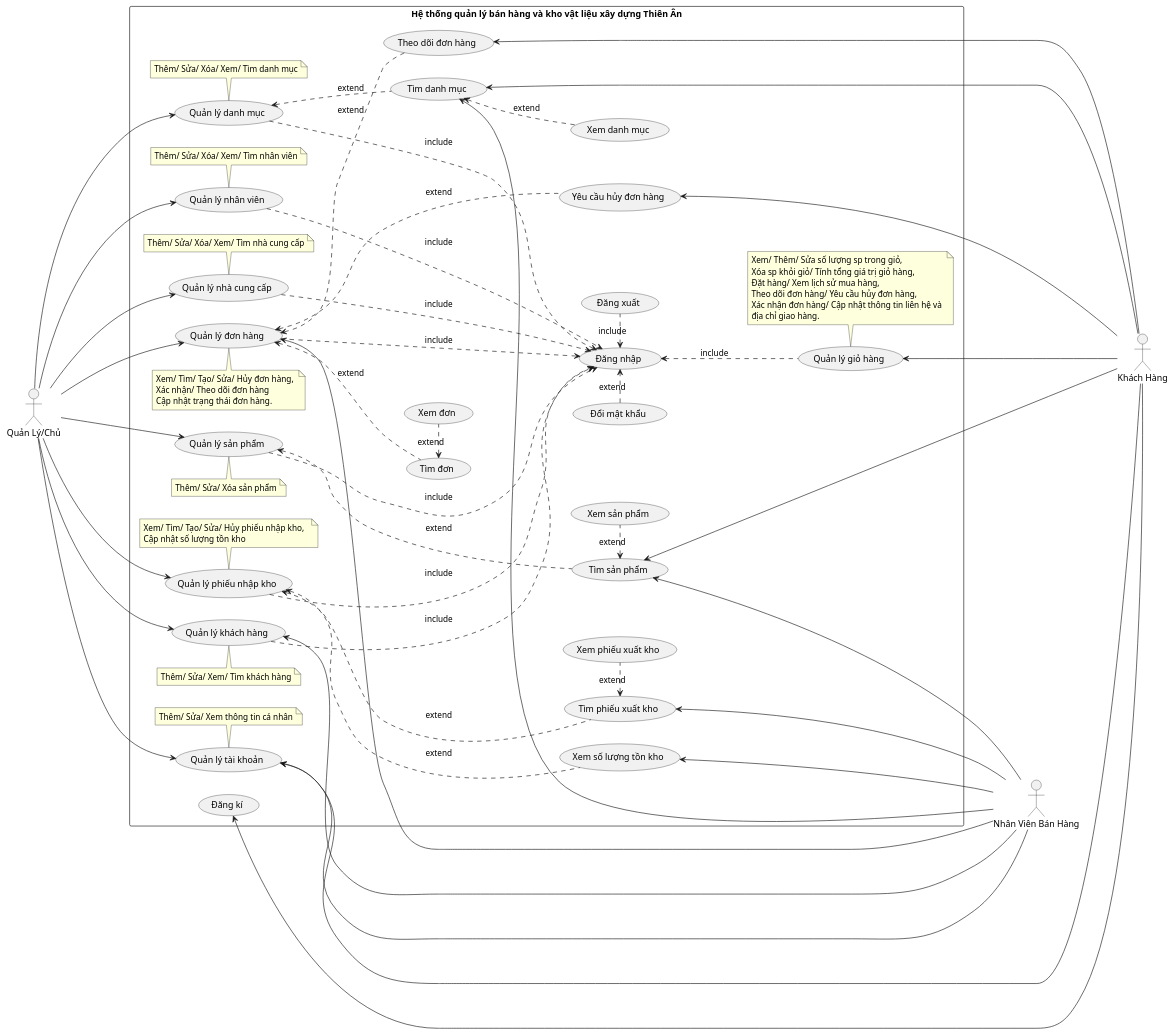
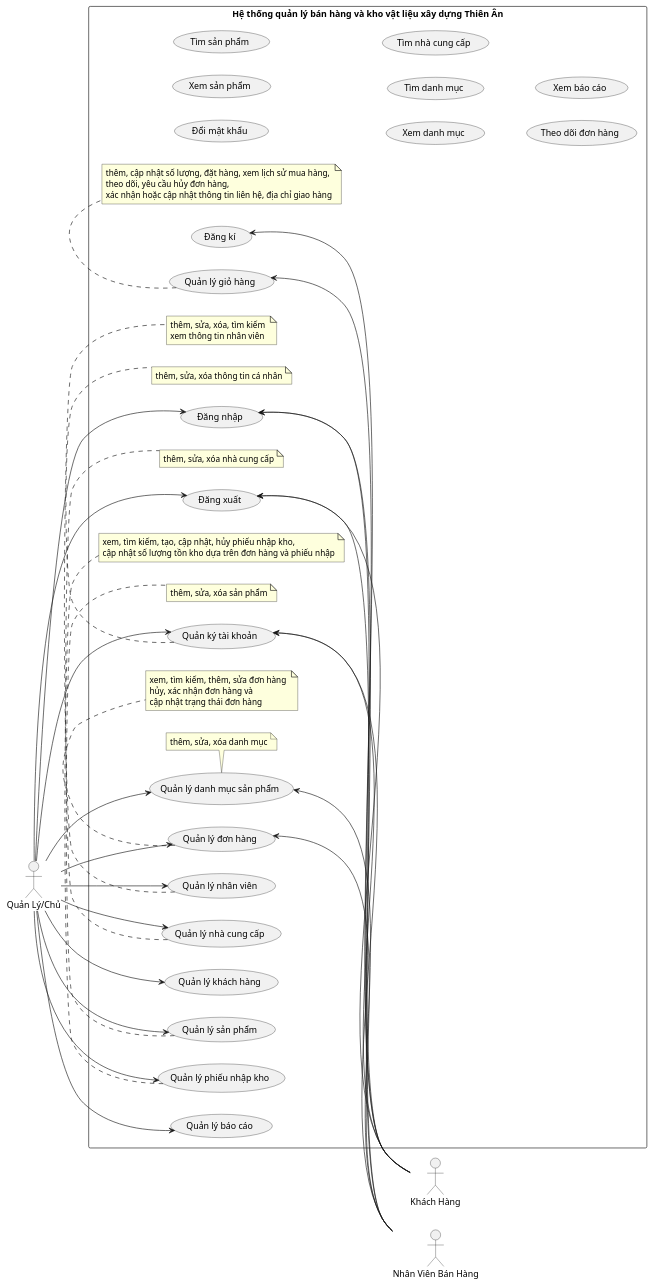
One commit to ThanhdatOris/LAB2211 changed the diagram in assets/plantuml/Ariety/ArietyUC/ArietyNewUC.puml. Above: the diagram before and after it, drawn with PlantUML. The commit also changed 1 other file, not shown here.

```diff
--- a/assets/plantuml/Ariety/ArietyUC/ArietyNewUC.puml
+++ b/assets/plantuml/Ariety/ArietyUC/ArietyNewUC.puml
@@ -1,173 +1,98 @@
-@startuml SinooUC
+@startuml ArietyUC
 
 skinparam shadowing false
 left to right direction
 
 actor "Khách Hàng" as KH
 actor "Quản Lý/Chủ" as NVQL
 actor "Nhân Viên Bán Hàng" as NVBH
 
 rectangle "Hệ thống quản lý bán hàng và kho vật liệu xây dựng Thiên Ân" {
 
-'>>>>>>>>>>>>>>> Khai báo >>>>>>>>>>>>>>>
-'Tài khoản
-Usecase QLTK as "Quản lý tài khoản"
-note bottom of QLTK: Thêm/ Sửa/ Xem thông tin cá nhân
+'--------------------------------------Chức năng--------------------------------------
+'QL tài khoản
+usecase QLTK as "Quản ký tài khoản"
+note bottom of QLTK: thêm, sửa, xóa thông tin cá nhân
+(Đăng nhập) as DNhap
+(Đăng xuất) as DXuat
+(Đăng kí) as DKi
+(Đổi mật khẩu) as DMKhau
 
-'Danh mục 
-Usecase QLDM as "Quản lý danh mục"
-note bottom of QLDM: Thêm/ Sửa/ Xóa/ Xem/ Tìm danh mục
-(Xem danh mục) as XEM_DM
-(Tìm danh mục) as TIM_DM
- TIM_DM <.. XEM_DM: extend
+'QL sản phẩm
+usecase QLSP as "Quản lý sản phẩm"
+note bottom of QLSP: thêm, sửa, xóa sản phẩm
+(Xem sản phẩm) as XemSP
+(Tìm sản phẩm) as TimSP
 
-'Kho hàng
-Usecase QLKHO as "Quản lý phiếu nhập kho"
-note bottom of QLKHO : Xem/ Tìm/ Tạo/ Sửa/ Hủy phiếu nhập kho,  \nCập nhật số lượng tồn kho 
-(Xem số lượng tồn kho) as XEM_HANG
-(Xem phiếu xuất kho) as XEM_PXK
-(Tìm phiếu xuất kho) as TIM_PXK
-TIM_PXK <. XEM_PXK: extend
+'QL danh mục sản phẩm
+usecase QLDMSP as "Quản lý danh mục sản phẩm"
+note bottom of QLDMSP: thêm, sửa, xóa danh mục
+(Xem danh mục) as XemDMSP
+(Tìm danh mục) as TimDMSP
 
-'Nhân viên
-Usecase QLNV as "Quản lý nhân viên"
-note bottom of QLNV: Thêm/ Sửa/ Xóa/ Xem/ Tìm nhân viên
+'QL nhân viên
+usecase QLNV as "Quản lý nhân viên"
+note bottom of QLNV: thêm, sửa, xóa, tìm kiếm \nxem thông tin nhân viên
 
-'Nhà cung cấp
-Usecase QLNCC as "Quản lý nhà cung cấp"
-note bottom of QLNCC: Thêm/ Sửa/ Xóa/ Xem/ Tìm nhà cung cấp
-' (Tìm nhà cung cấp) as TIM_NCC
+'QL nhà cung cấp
+usecase QLNCC as "Quản lý nhà cung cấp"
+note bottom of QLNCC: thêm, sửa, xóa nhà cung cấp
+(Tìm nhà cung cấp) as TimNCC
 
-'Báo cáo
-' (Quản lý báo cáo) as QLBC
-' note bottom of QLBC: Xem doanh thu, phí nhập, phí xuất hàng
+'QL đơn hàng
+usecase QLDH as "Quản lý đơn hàng"
+note bottom of QLDH: xem, tìm kiếm, thêm, sửa đơn hàng \nhủy, xác nhận đơn hàng và \ncập nhật trạng thái đơn hàng
+(Theo dõi đơn hàng) as TheoDoiDH
+
+'QL giỏ hàng
+usecase QLGH as "Quản lý giỏ hàng"
+note bottom of QLGH: thêm, cập nhật số lượng, đặt hàng, xem lịch sử mua hàng, \ntheo dõi, yêu cầu hủy đơn hàng, \nxác nhận hoặc cập nhật thông tin liên hệ, địa chỉ giao hàng
+
+'QL phiếu nhập kho
+usecase QLPNKho as "Quản lý phiếu nhập kho"
+note bottom of QLPNKho: xem, tìm kiếm, tạo, cập nhật, hủy phiếu nhập kho, \ncập nhật số lượng tồn kho dựa trên đơn hàng và phiếu nhập
+
+'QL khách hàng
+usecase QLKH as "Quản lý khách hàng"
+
+
+'QL báo cáo
+usecase QLBC as "Quản lý báo cáo"
+(Xem báo cáo) as XemBC
+
+'----------------------------------------------------
+'Quản lý/ Chủ
+
+NVQL -> DNhap
+NVQL -> DXuat
+
+NVQL --> QLTK
+NVQL --> QLSP
+NVQL --> QLDMSP
+NVQL --> QLNV
+NVQL --> QLNCC
+NVQL --> QLDH
+NVQL --> QLKH
+NVQL --> QLPNKho
+NVQL --> QLBC
+
+'Nhân viên bán hàng
+DNhap <-- NVBH
+DXuat <-- NVBH
+
+QLTK <-- NVBH
+QLDMSP <-- NVBH
+QLDH <-- NVBH
 
 'Khách hàng
-(Quản lý khách hàng) as QLKH
-note top of QLKH: Thêm/ Sửa/ Xem/ Tìm khách hàng
+DKi <--KH
+DNhap <-- KH
+DXuat <-- KH
 
-'Đơn hàng
-Usecase QLDH as "Quản lý đơn hàng"
-note top of QLDH: Xem/ Tìm/ Tạo/ Sửa/ Hủy đơn hàng, \nXác nhận/ Theo dõi đơn hàng \nCập nhật trạng thái đơn hàng.
-(Tìm đơn) as TIM_DH
-(Xem đơn) as XEM_DH
-(Theo dõi đơn hàng) as THEO_DOI_DH
-(Yêu cầu hủy đơn hàng) as YCHUY_DH
-TIM_DH <. XEM_DH: extend
-QLDH <... YCHUY_DH: extend
-QLDH <.. THEO_DOI_DH: extend
+QLTK <-- KH
+QLGH <-- KH
 
-'Sản phẩm
-Usecase QLSP as "Quản lý sản phẩm"
-note top of QLSP: Thêm/ Sửa/ Xóa sản phẩm
-(Xem sản phẩm) as XEM_SP
-(Tìm sản phẩm) as TIM_SP
-TIM_SP <. XEM_SP: extend
-
-'Giỏ hàng
-Usecase QLGH as "Quản lý giỏ hàng"
-note bottom of QLGH: Xem/ Thêm/ Sửa số lượng sp trong giỏ, \nXóa sp khỏi giỏ/ Tính tổng giá trị giỏ hàng, \nĐặt hàng/ Xem lịch sử mua hàng, \nTheo dõi đơn hàng/ Yêu cầu hủy đơn hàng, \nXác nhận đơn hàng/ Cập nhật thông tin liên hệ và \nđịa chỉ giao hàng.
-' (Xem giỏ hàng) as XEM_GH
-'  XEM_GH .>  QLGH: extend
-
-
-'Đăng nhập, đăng xuất
-(Đăng xuất) as Logout
-(Đăng nhập) as Login
-(Đăng kí) as SignUp
-(Đổi mật khẩu) as ChangePass
-
-Login  <.  Logout: include
-ChangePass .> Login : extend
-
-'>>>>>>>>>>>>>>> Gán đối tượng >>>>>>>>>>>>>>
-QLDM ...> Login : include
-' QLBC ...> Login : include
-QLDH ...> Login : include
-' QLGH ...> Login : include
-QLSP ...> Login : include
-QLNCC ...> Login : include
-QLKH ...> Login : include
-QLNV ...> Login : include
-QLKHO ...> Login : include
-Login <..  QLGH: include
-
-'----------- Người Quản lý -----------
-NVQL --> QLSP
-NVQL ---> QLDM
-NVQL --> QLKHO
-NVQL --> QLNV
-NVQL --> QLNCC
-' NVQL --> QLBC
-NVQL --> QLKH 
-NVQL --> QLDH 
-NVQL --> QLTK 
-
-'Tài khoản
-' NVQL ---> Login
-
-'Sản phẩm
-QLSP <... TIM_SP: extend
-
-'Danh mục sp
-QLDM <.. TIM_DM: extend
-
-'Kho hàng
-QLKHO <... XEM_HANG: extend
-QLKHO <... TIM_PXK: extend
-
-'Nhân viên
-
-'Nhà cung cấp
-' QLNCC <.. TIM_NCC: extend
-
-'Báo cáo
-
-'Khách hàng
-
-'Đơn hàng
-QLDH <.. TIM_DH: extend
-
-'----------- Nhân Viên Bán Hàng -----------
-QLDH <- NVBH
-QLKH <-- NVBH
-QLTK <-- NVBH
-'Tài khoản
-' Login <--- NVBH
-
-'Kho
-XEM_HANG <-- NVBH
-
-'Danh mục
-TIM_DM <-- NVBH
-
-'Kho hàng
-TIM_PXK <--- NVBH
-
-'Sản phẩm
-TIM_SP <-- NVBH
-
-'----------- Khách Hàng -----------
-QLGH <-- KH
-QLTK <-- KH
-
-'Tài khoản
-SignUp <- KH
-' Login <-- KH
-
-'Giỏ hàng
-' XEM_GH <-- KH
-
-'Sản phẩm
-TIM_SP <---- KH
-
-'Danh mục
-TIM_DM <--- KH
-
-'Đơn hàng
-YCHUY_DH <-- KH
-THEO_DOI_DH <-- KH
 
 }
 
 @enduml
```
